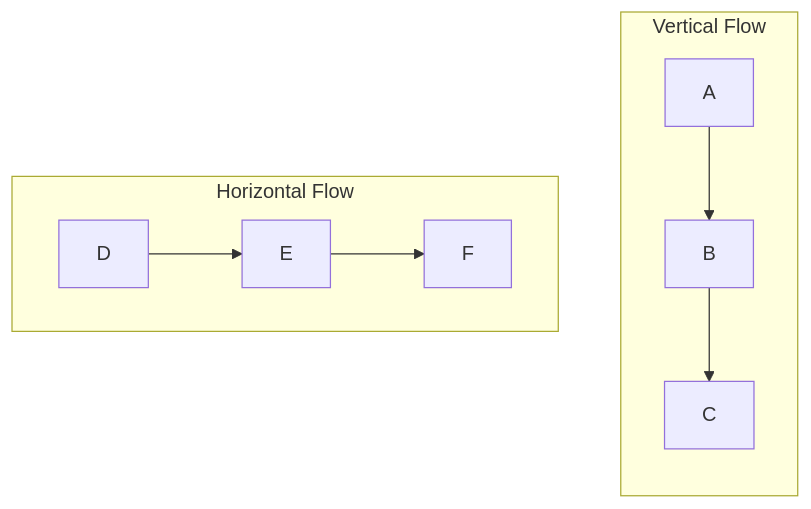
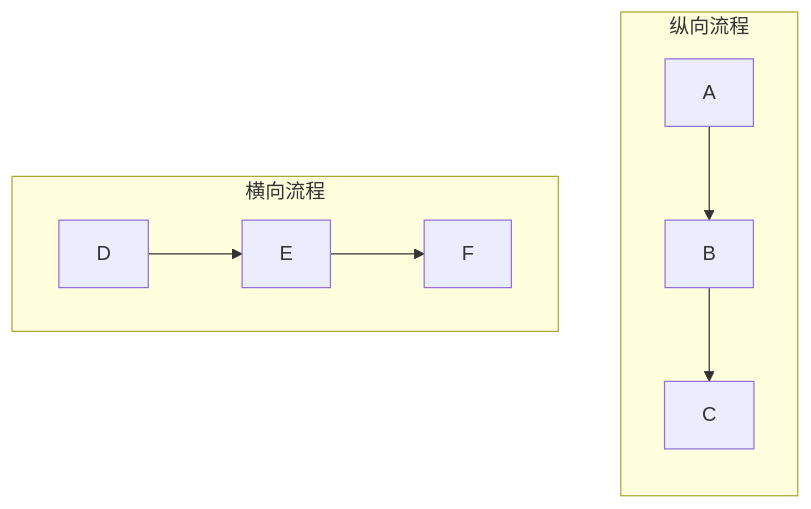
The eighth of 13 diagrams in skills/lqy-curated/mermaid-visualizer/references/syntax-rules.md (liu-qingyuan/skills-sync-lqy), drawn with Mermaid before and after one commit. The commit also changed other lines of this file and 1 other file, not shown here.

Commit message:
feat(mermaid-visualizer): localize skill to Chinese

````diff
--- a/skills/lqy-curated/mermaid-visualizer/references/syntax-rules.md
+++ b/skills/lqy-curated/mermaid-visualizer/references/syntax-rules.md
@@ -294,12 +306,12 @@
 ```mermaid
 graph TB
-    subgraph vertical["Vertical Flow"]
+    subgraph vertical["纵向流程"]
         direction TB
         A --> B --> C
     end
-    
-    subgraph horizontal["Horizontal Flow"]
+
+    subgraph horizontal["横向流程"]
         direction LR
         D --> E --> F
     end
 ```
````
